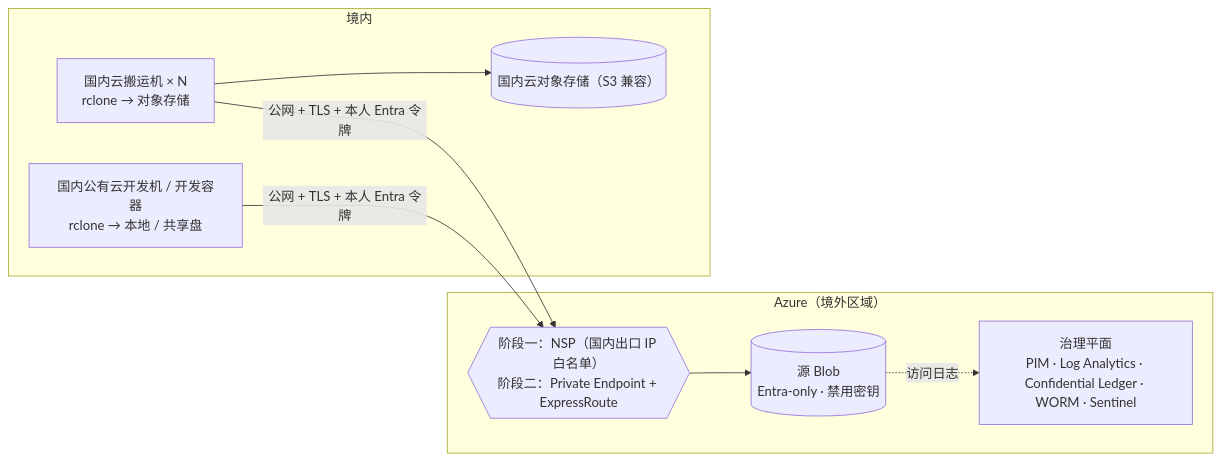
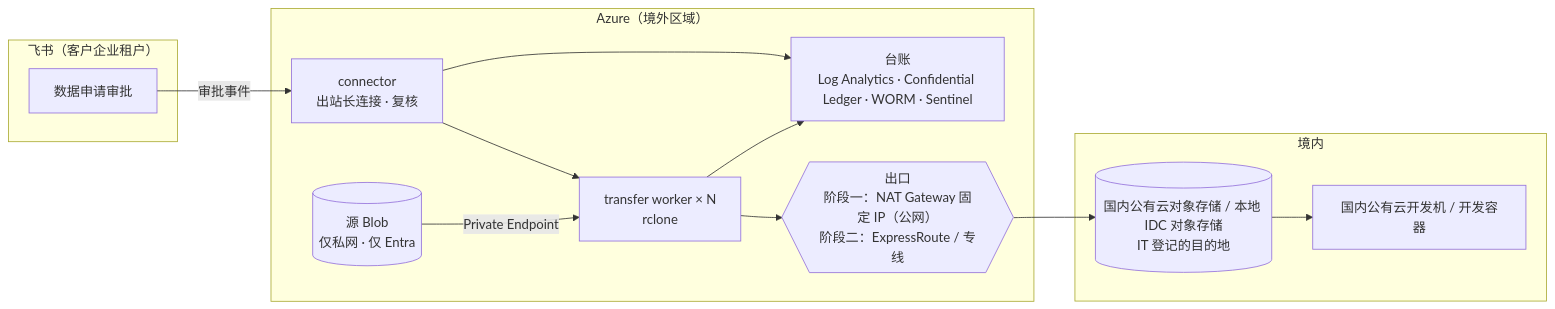
Before and after one commit to wukong121/cross-ledger: the diagram in docs/production.md, drawn with Mermaid. The commit also changed other lines of this file and 152 other files, not shown here.

````diff
--- a/docs/production.md
+++ b/docs/production.md
@@ -9,16 +9,21 @@
 ```mermaid
 flowchart LR
+  subgraph FS["飞书（客户企业租户）"]
+    AP["数据申请审批"]
+  end
   subgraph AZ["Azure（境外区域）"]
-    SRC[("源 Blob<br/>Entra-only · 禁用密钥")]
-    NSP{{"阶段一：NSP（国内出口 IP 白名单）<br/>阶段二：Private Endpoint + ExpressRoute"}}
-    GOV["治理平面<br/>PIM · Log Analytics · Confidential Ledger · WORM · Sentinel"]
+    CON["connector<br/>出站长连接 · 复核"]
+    W["transfer worker × N<br/>rclone"]
+    SRC[("源 Blob<br/>仅私网 · 仅 Entra")]
+    GOV["台账<br/>Log Analytics · Confidential Ledger · WORM · Sentinel"]
+    EG{{"出口<br/>阶段一：NAT Gateway 固定 IP（公网）<br/>阶段二：ExpressRoute / 专线"}}
   end
   subgraph CN["境内"]
-    DEV["国内公有云开发机 / 开发容器<br/>rclone → 本地 / 共享盘"]
-    MOV["国内云搬运机 × N<br/>rclone → 对象存储"]
-    OBJ[("国内云对象存储（S3 兼容）")]
+    OBJ[("国内公有云对象存储 / 本地 IDC 对象存储<br/>IT 登记的目的地")]
+    DEV["国内公有云开发机 / 开发容器"]
   end
-  DEV & MOV -- "公网 + TLS + 本人 Entra 令牌" --> NSP --> SRC
-  MOV --> OBJ
-  SRC -. "访问日志" .-> GOV
+  AP -- "审批事件" --> CON --> W
+  SRC -- "Private Endpoint" --> W --> EG --> OBJ
+  OBJ --> DEV
+  CON & W --> GOV
 ```
````
